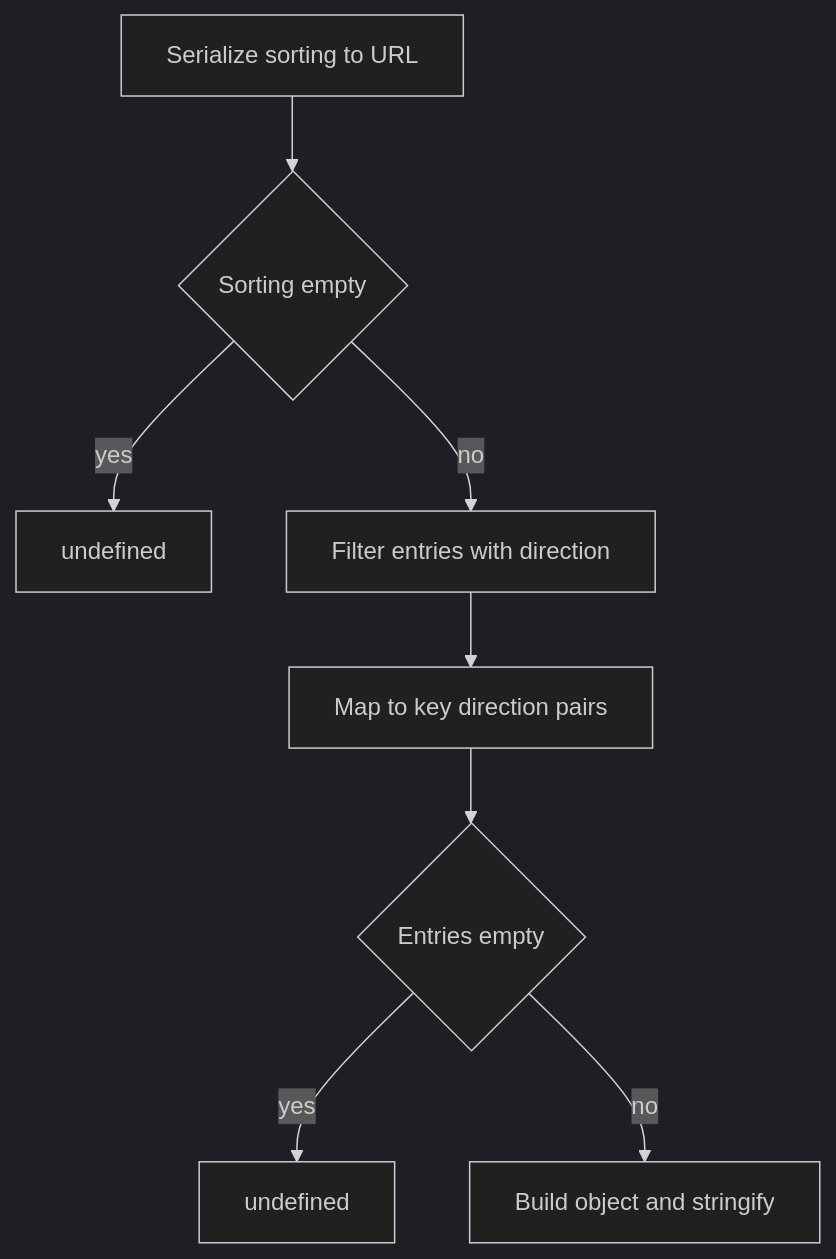
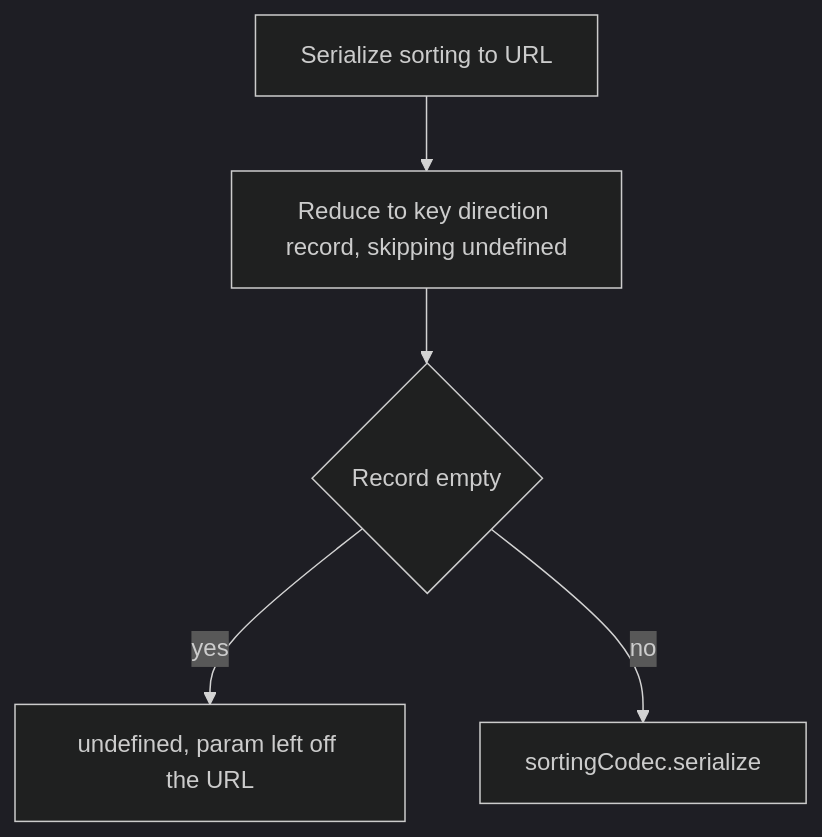
One commit to luciocabrera/lcabrera-stack changed the seventh of 11 diagrams in packages/ui/src/utils/urlState/ARCHITECTURE.md. Above: the diagram before and after it, drawn with Mermaid (dark theme). The commit also changed other lines of this file and 22 other files, not shown here.

First line of the commit message:
feat(ui): a closed-vocabulary URL state codec (#630)

````diff
--- a/packages/ui/src/utils/urlState/ARCHITECTURE.md
+++ b/packages/ui/src/utils/urlState/ARCHITECTURE.md
@@ -129,10 +267,7 @@
 ```mermaid
 flowchart TD
-  A[Serialize sorting to URL] --> B{Sorting empty}
-  B -- yes --> C[undefined]
-  B -- no --> D[Filter entries with direction]
-  D --> E[Map to key direction pairs]
-  E --> F{Entries empty}
-  F -- yes --> G[undefined]
-  F -- no --> H[Build object and stringify]
+  A[Serialize sorting to URL] --> B[Reduce to key direction record, skipping undefined]
+  B --> C{Record empty}
+  C -- yes --> D[undefined, param left off the URL]
+  C -- no --> E[sortingCodec.serialize]
 ```
````
